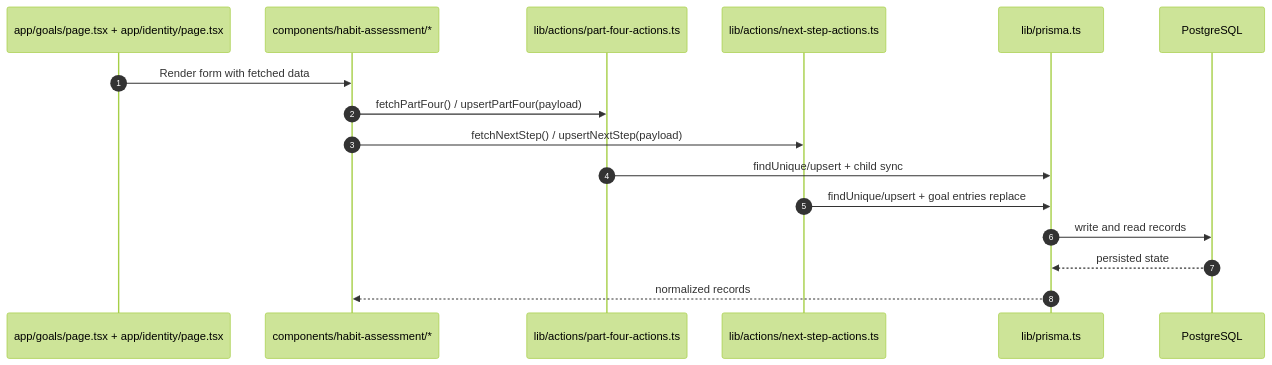
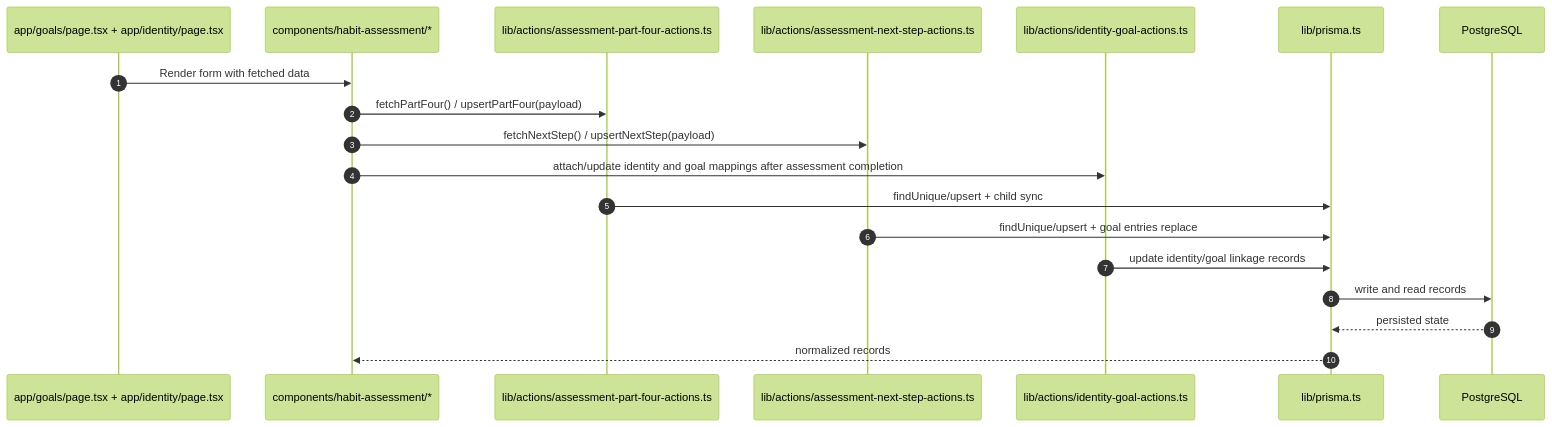
Before and after one commit to AdamGordonNY/atomic-habits-companion: the fifth of 9 diagrams in docs/architecture.md, drawn with Mermaid (forest theme). The commit also changed other lines of this file and 13 other files, not shown here.

First line of the commit message:
Refactor assessment actions and update related components

````diff
--- a/docs/architecture.md
+++ b/docs/architecture.md
@@ -140,19 +140,22 @@
 ```mermaid
 sequenceDiagram
   autonumber
   participant Page as app/goals/page.tsx + app/identity/page.tsx
   participant UI as components/habit-assessment/*
-  participant P4 as lib/actions/part-four-actions.ts
-  participant NS as lib/actions/next-step-actions.ts
+  participant P4 as lib/actions/assessment-part-four-actions.ts
+  participant NS as lib/actions/assessment-next-step-actions.ts
+  participant WG as lib/actions/identity-goal-actions.ts
   participant Prisma as lib/prisma.ts
   participant DB as PostgreSQL
 
   Page->>UI: Render form with fetched data
   UI->>P4: fetchPartFour() / upsertPartFour(payload)
   UI->>NS: fetchNextStep() / upsertNextStep(payload)
+  UI->>WG: attach/update identity and goal mappings after assessment completion
   P4->>Prisma: findUnique/upsert + child sync
   NS->>Prisma: findUnique/upsert + goal entries replace
+  WG->>Prisma: update identity/goal linkage records
   Prisma->>DB: write and read records
   DB-->>Prisma: persisted state
   Prisma-->>UI: normalized records
 ```
````
